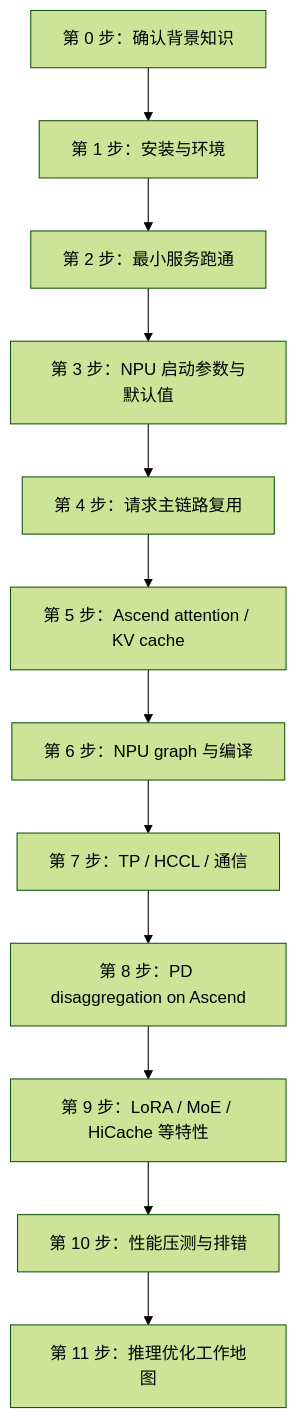
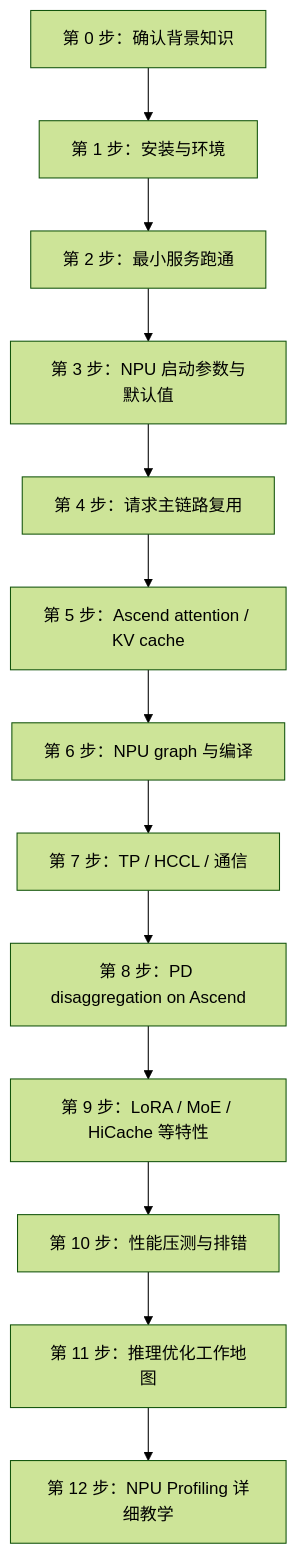
Before and after one commit to cl-vv-h/SGLang_Tutor: the first of 7 diagrams in learning/sglang-ascend-npu/README.md, drawn with Mermaid (forest theme). The commit also changed other lines of this file and 1 other file, not shown here.

Commit message:
docs: add SGLang NPU profiling guide

````diff
--- a/learning/sglang-ascend-npu/README.md
+++ b/learning/sglang-ascend-npu/README.md
@@ -13,14 +13,15 @@
 ```mermaid
 flowchart TD
   A["第 0 步：确认背景知识"] --> B["第 1 步：安装与环境"]
   B --> C["第 2 步：最小服务跑通"]
   C --> D["第 3 步：NPU 启动参数与默认值"]
   D --> E["第 4 步：请求主链路复用"]
   E --> F["第 5 步：Ascend attention / KV cache"]
   F --> G["第 6 步：NPU graph 与编译"]
   G --> H["第 7 步：TP / HCCL / 通信"]
   H --> I["第 8 步：PD disaggregation on Ascend"]
   I --> J["第 9 步：LoRA / MoE / HiCache 等特性"]
   J --> K["第 10 步：性能压测与排错"]
   K --> L["第 11 步：推理优化工作地图"]
+  L --> M["第 12 步：NPU Profiling 详细教学"]
 ```
````
